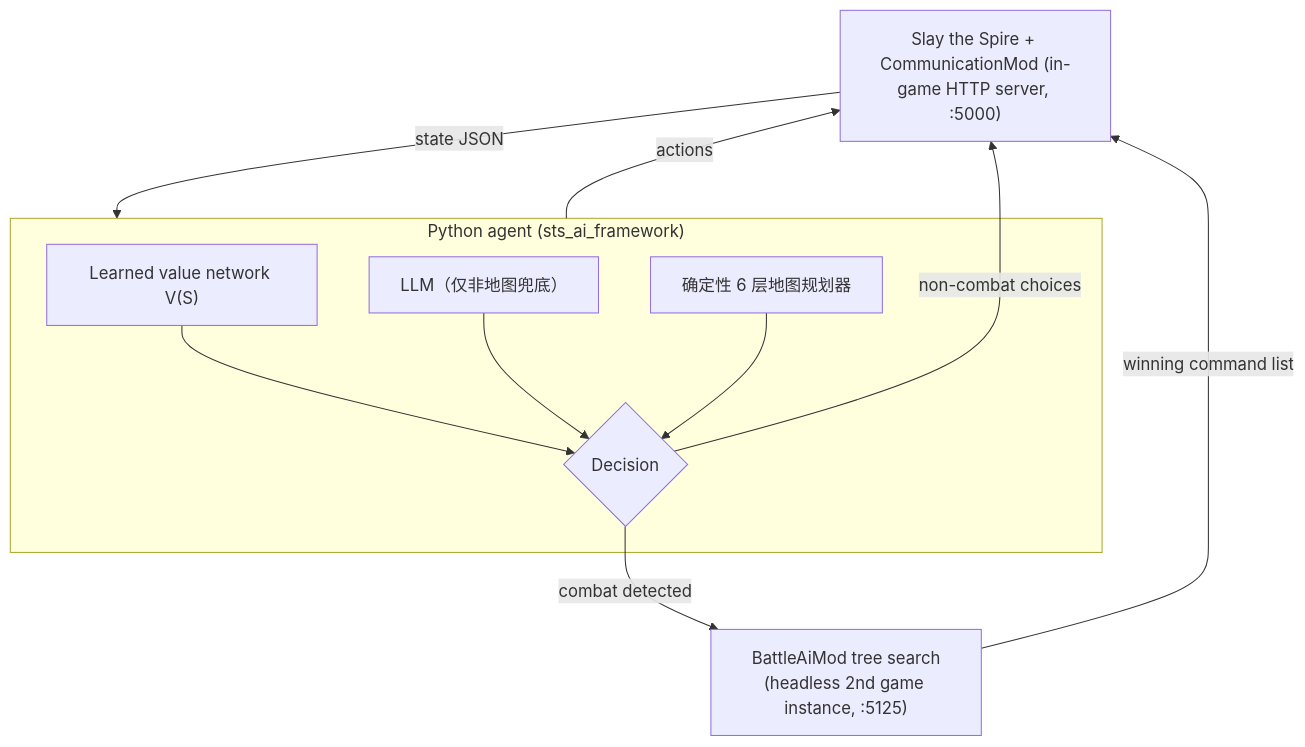
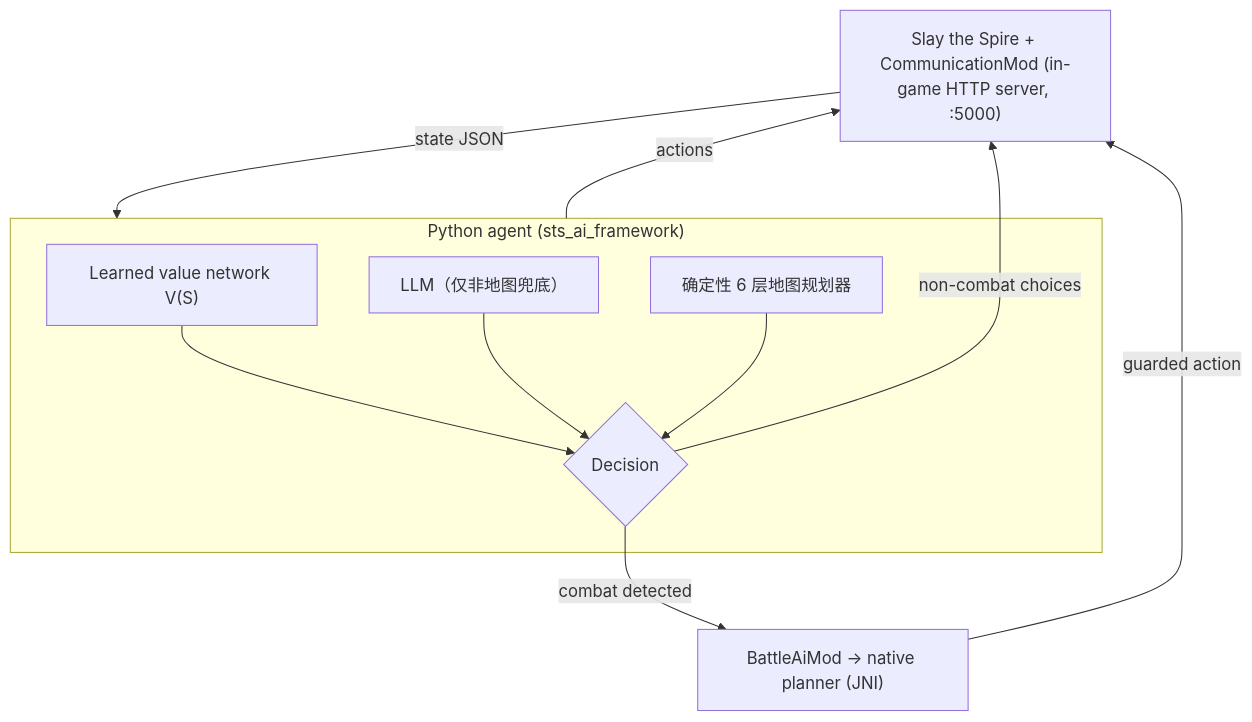
Before and after one commit to Voyage-for-the-ideal/aiplayspire: the diagram in README.zh-CN.md, drawn with Mermaid. The commit also changed other lines of this file and 275 other files, not shown here.

````diff
--- a/README.zh-CN.md
+++ b/README.zh-CN.md
@@ -24,13 +24,13 @@
 ```mermaid
 flowchart TB
     Game["Slay the Spire + CommunicationMod (in-game HTTP server, :5000)"] -->|state JSON| Agent
     Agent -->|actions| Game
     subgraph Agent["Python agent (sts_ai_framework)"]
         V["Learned value network V(S)"] --> D{"Decision"}
         LLM["LLM（仅非地图兜底）"] --> D
         R["确定性 6 层地图规划器"] --> D
     end
     D -->|non-combat choices| Game
-    D -->|combat detected| Combat["BattleAiMod tree search<br/>(headless 2nd game instance, :5125)"]
-    Combat -->|winning command list| Game
+    D -->|combat detected| Combat["BattleAiMod → native planner (JNI)"]
+    Combat -->|guarded action| Game
 ```
````
